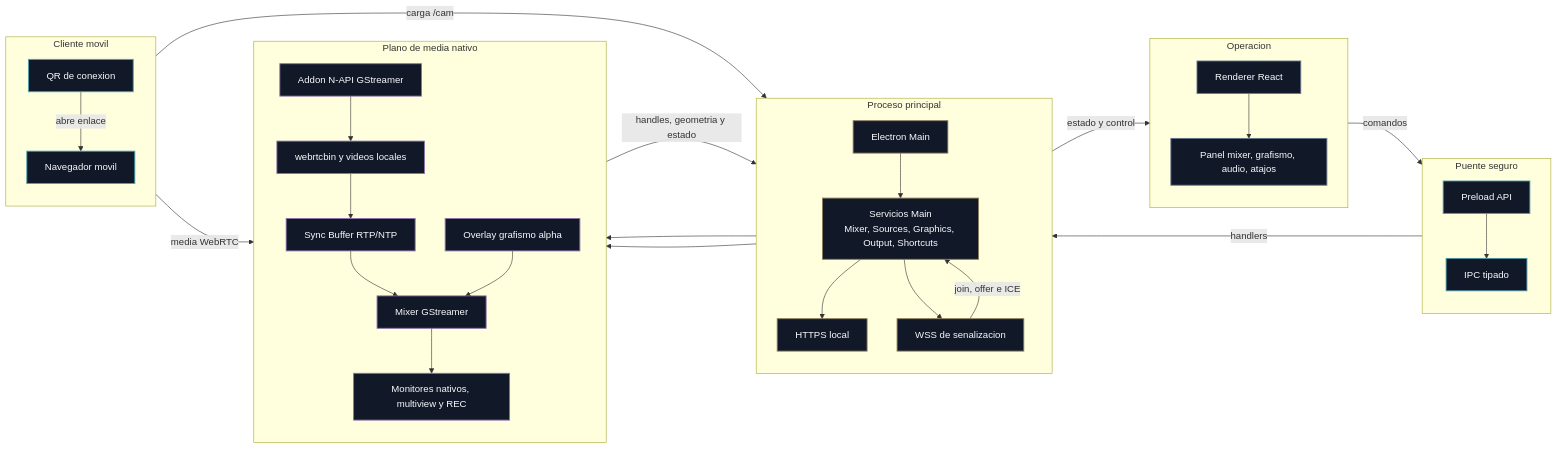
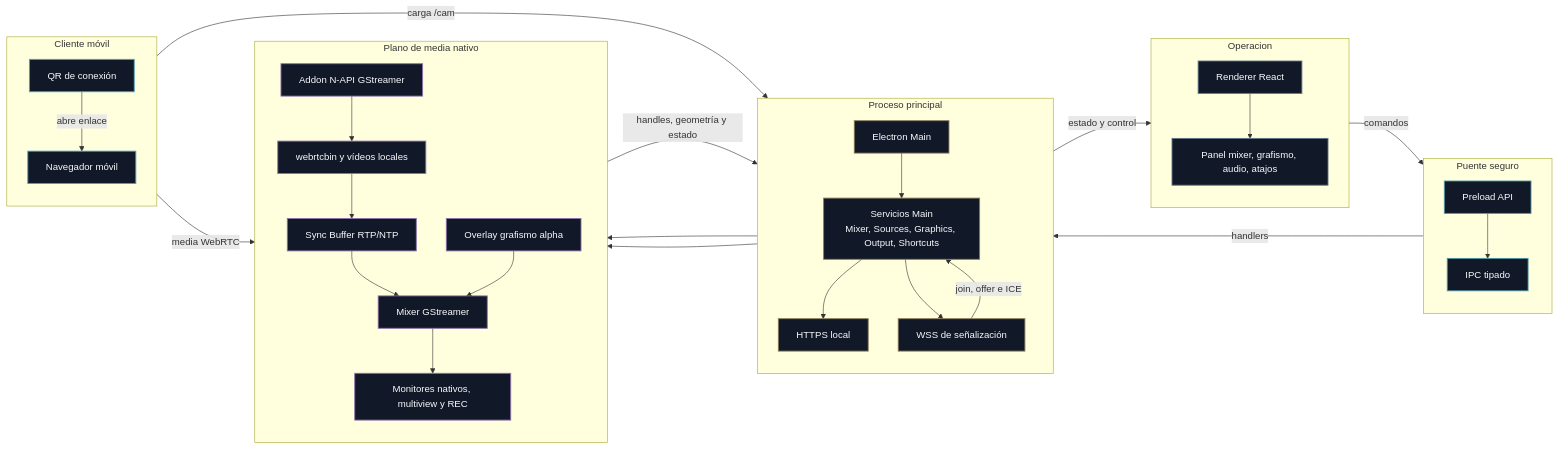
The diagram in Documentacion/Glosario.md (davidcolas30/OpenMix-CG), drawn with Mermaid before and after one commit. The commit also changed other lines of this file and 17 other files, not shown here.

````diff
--- a/Documentacion/Glosario.md
+++ b/Documentacion/Glosario.md
@@ -12,80 +12,80 @@
 ```mermaid
 flowchart LR
     subgraph UI[Operacion]
         direction TB
         React[Renderer React]
         Panels[Panel mixer, grafismo, audio, atajos]
         React --> Panels
     end
 
     subgraph Bridge[Puente seguro]
         direction TB
         Preload[Preload API]
         IPC[IPC tipado]
         Preload --> IPC
     end
 
     subgraph MainArea[Proceso principal]
         direction TB
         MainProc[Electron Main]
         Services[Servicios Main\nMixer, Sources, Graphics, Output, Shortcuts]
         HTTPS[HTTPS local]
-        WSS[WSS de senalizacion]
+        WSS[WSS de señalización]
         MainProc --> Services
         Services --> HTTPS
         Services --> WSS
     end
 
     subgraph Media[Plano de media nativo]
         direction TB
         NativeAddon[Addon N-API GStreamer]
-        Ingest[webrtcbin y videos locales]
+        Ingest[webrtcbin y vídeos locales]
         Sync[Sync Buffer RTP/NTP]
         GraphicsOverlay[Overlay grafismo alpha]
         Mixer[Mixer GStreamer]
         MediaOutputs[Monitores nativos, multiview y REC]
         NativeAddon --> Ingest
         Ingest --> Sync
         Sync --> Mixer
         GraphicsOverlay --> Mixer
         Mixer --> MediaOutputs
     end
 
-    subgraph Mobile[Cliente movil]
+    subgraph Mobile[Cliente móvil]
         direction TB
-        QR[QR de conexion]
-        Browser[Navegador movil]
+        QR[QR de conexión]
+        Browser[Navegador móvil]
         QR -->|abre enlace| Browser
     end
 
     React -->|comandos| Preload
     IPC -->|handlers| MainProc
     Services --> NativeAddon
     Services --> GraphicsOverlay
     Browser -->|carga /cam| HTTPS
     Browser -->|media WebRTC| Ingest
     WSS -->|join, offer e ICE| Services
-    MediaOutputs -->|handles, geometria y estado| MainProc
+    MediaOutputs -->|handles, geometría y estado| MainProc
     MainProc -->|estado y control| React
 
 
     classDef ui fill:#111827,stroke:#64748b,color:#f8fafc,stroke-width:1.5px;
     classDef renderer fill:#111827,stroke:#64748b,color:#f8fafc,stroke-width:1.5px;
     classDef input fill:#111827,stroke:#64748b,color:#f8fafc,stroke-width:1.5px;
     classDef source fill:#111827,stroke:#64748b,color:#f8fafc,stroke-width:1.5px;
     classDef bridge fill:#111827,stroke:#4f96a7,color:#f8fafc,stroke-width:1.5px;
     classDef composition fill:#111827,stroke:#4f96a7,color:#f8fafc,stroke-width:1.5px;
     classDef control fill:#111827,stroke:#4f96a7,color:#f8fafc,stroke-width:1.5px;
     classDef main fill:#111827,stroke:#8b7a5d,color:#f8fafc,stroke-width:1.5px;
     classDef output fill:#111827,stroke:#8b7a5d,color:#f8fafc,stroke-width:1.5px;
     classDef media fill:#111827,stroke:#8d72aa,color:#f8fafc,stroke-width:1.5px;
     classDef graphics fill:#111827,stroke:#8d72aa,color:#f8fafc,stroke-width:1.5px;
     classDef monitoring fill:#111827,stroke:#8d72aa,color:#f8fafc,stroke-width:1.5px;
     classDef native fill:#111827,stroke:#8d72aa,color:#f8fafc,stroke-width:1.5px;
     classDef mobile fill:#111827,stroke:#4ca6b8,color:#f8fafc,stroke-width:1.5px;
     class React,Panels ui;
     class Preload,IPC bridge;
     class MainProc,Services,HTTPS,WSS main;
     class NativeAddon,Ingest,Sync,GraphicsOverlay,Mixer,MediaOutputs media;
     class QR,Browser mobile;
 ```
````
